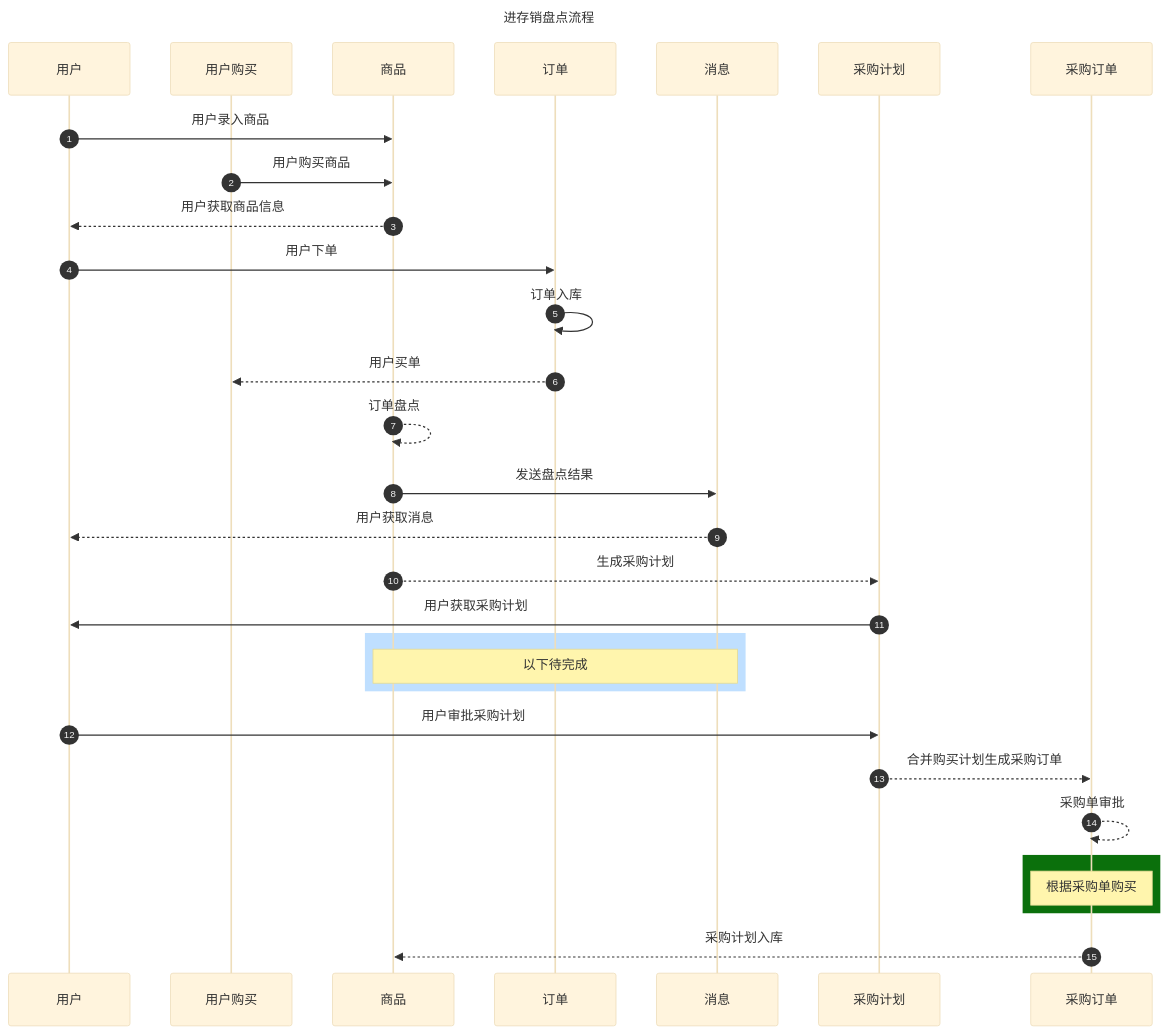
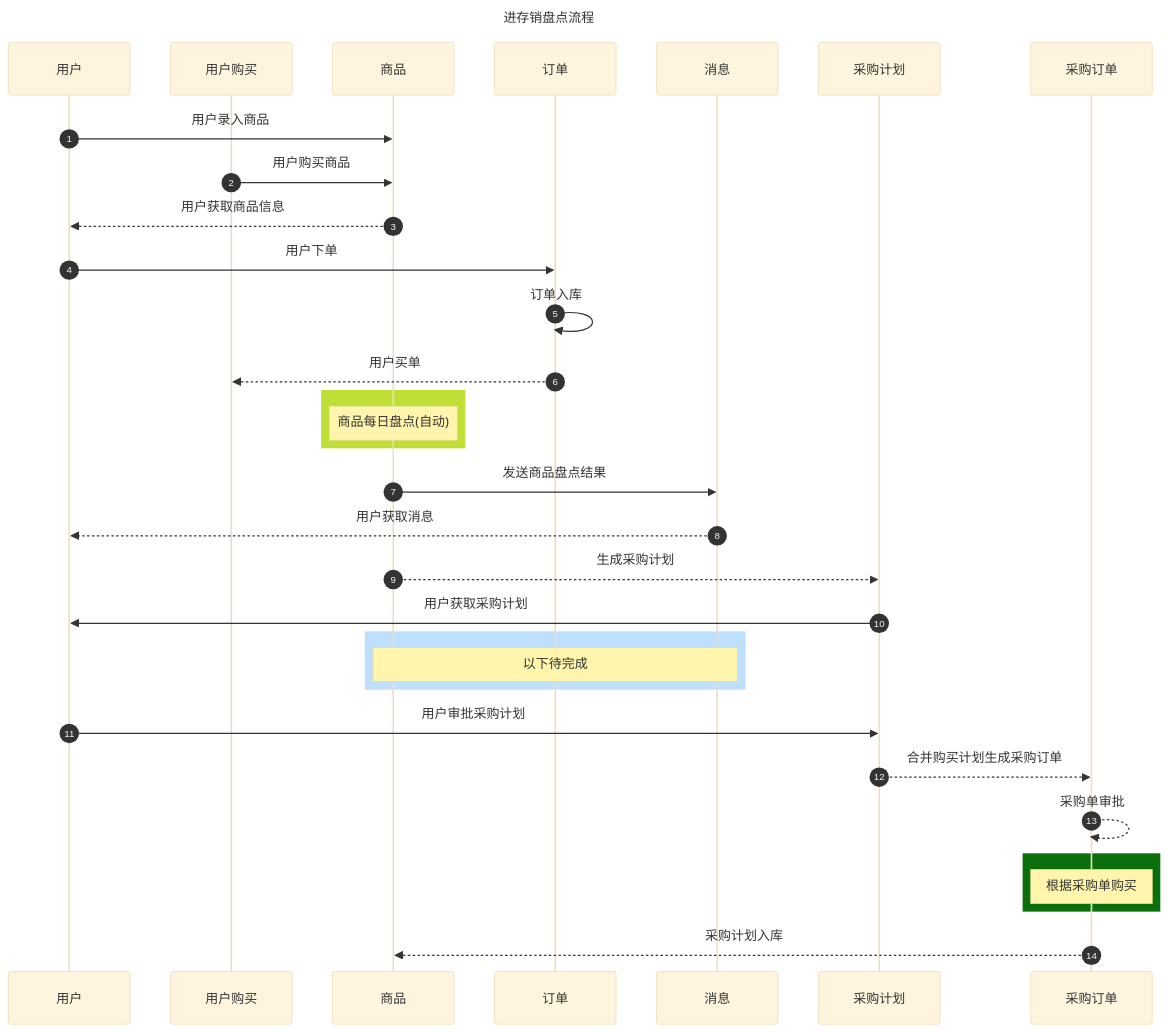
The second of 3 diagrams in README.md (fca197/aps-inventory-sales), drawn with Mermaid (base theme) before and after one commit. The commit also changed other lines of this file, not shown here.

````diff
--- a/README.md
+++ b/README.md
@@ -34,37 +34,39 @@
 ```mermaid
 
 sequenceDiagram
 autonumber
 title: 进存销盘点流程
 participant U as 用户
 participant BU as 用户购买
 participant G as 商品
 participant O as  订单
 participant M as  消息
 participant BB as  采购计划
 participant BO as  采购订单
 
 
 U->>G: 用户录入商品
 BU->>G: 用户购买商品
 G-->>U: 用户获取商品信息
 U->>O: 用户下单
 O->>O: 订单入库
 O-->>BU: 用户买单
-G-->>G: 订单盘点
-G->>M: 发送盘点结果
+rect rgb(191, 223, 55)
+Note over G: 商品每日盘点(自动)
+end
+G->>M: 发送商品盘点结果
 M-->>U: 用户获取消息
 G-->>BB: 生成采购计划
 BB->>U: 用户获取采购计划
 rect rgb(191, 223, 255)
 Note over G,M:  以下待完成
 end 
 U->>BB: 用户审批采购计划
 BB-->>BO: 合并购买计划生成采购订单
 BO-->>BO: 采购单审批
 rect rgb(11, 112, 12)
     note over BO: 根据采购单购买 
 end
 BO-->>G: 采购计划入库
 
 ```
````
